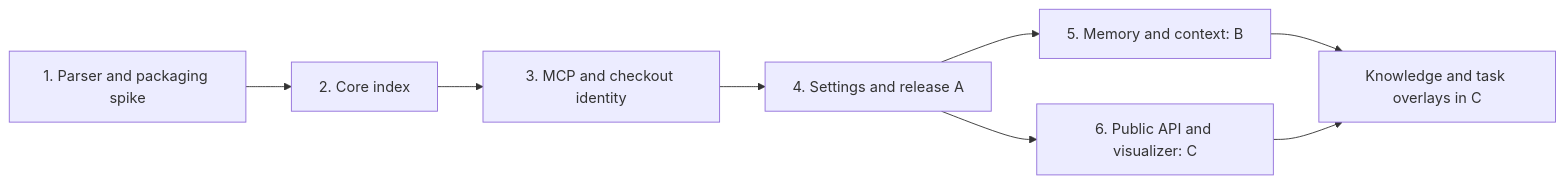
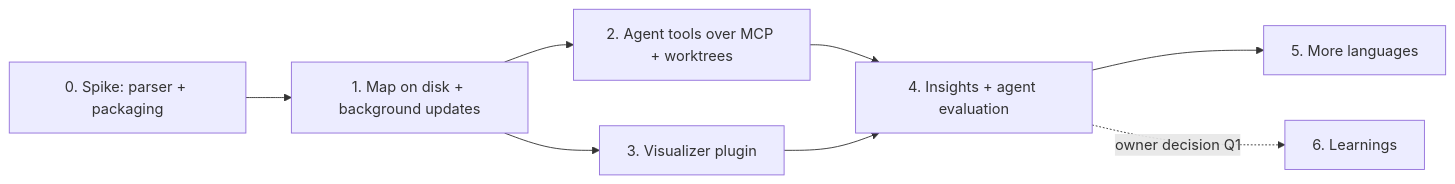
Before and after one commit to JakubKonkol/Oxytocin: the diagram in docs/planned-features/code-map/implementation-plan.md, drawn with Mermaid. The commit also changed other lines of this file and 9 other files, not shown here.

````diff
--- a/docs/planned-features/code-map/implementation-plan.md
+++ b/docs/planned-features/code-map/implementation-plan.md
@@ -13,10 +21,10 @@
 ```mermaid
 flowchart LR
-  S1[1. Parser and packaging spike] --> S2[2. Core index]
-  S2 --> S3[3. MCP and checkout identity]
-  S3 --> S4[4. Settings and release A]
-  S4 --> S5[5. Memory and context: B]
-  S4 --> S6[6. Public API and visualizer: C]
-  S5 --> Overlay[Knowledge and task overlays in C]
-  S6 --> Overlay
+  P0[0. Spike: parser + packaging] --> P1[1. Map on disk + background updates]
+  P1 --> P2[2. Agent tools over MCP + worktrees]
+  P1 --> P3[3. Visualizer plugin]
+  P2 --> P4[4. Insights + agent evaluation]
+  P3 --> P4
+  P4 --> P5[5. More languages]
+  P4 -.owner decision Q1.-> P6[6. Learnings]
 ```
````
